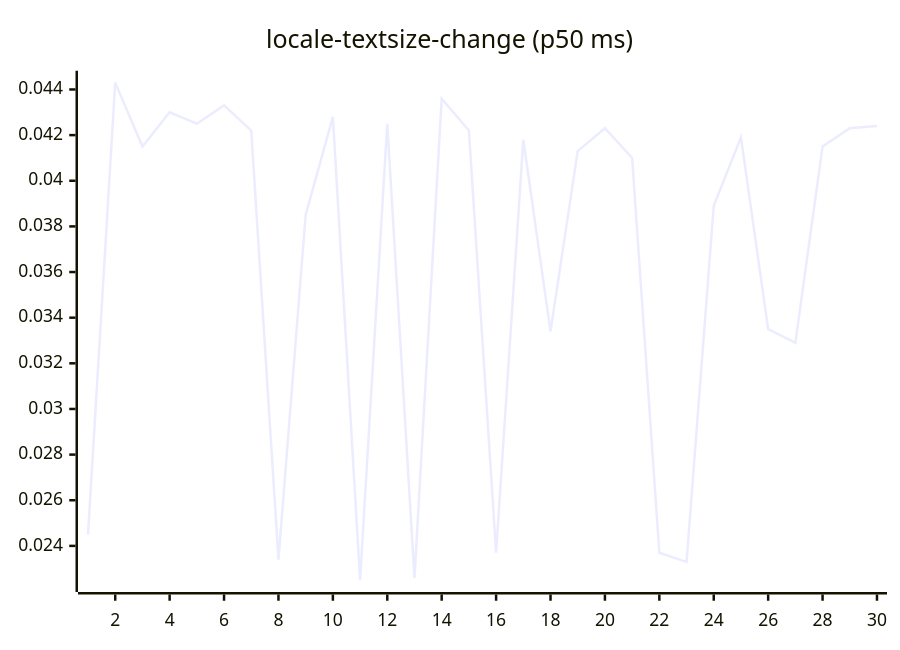
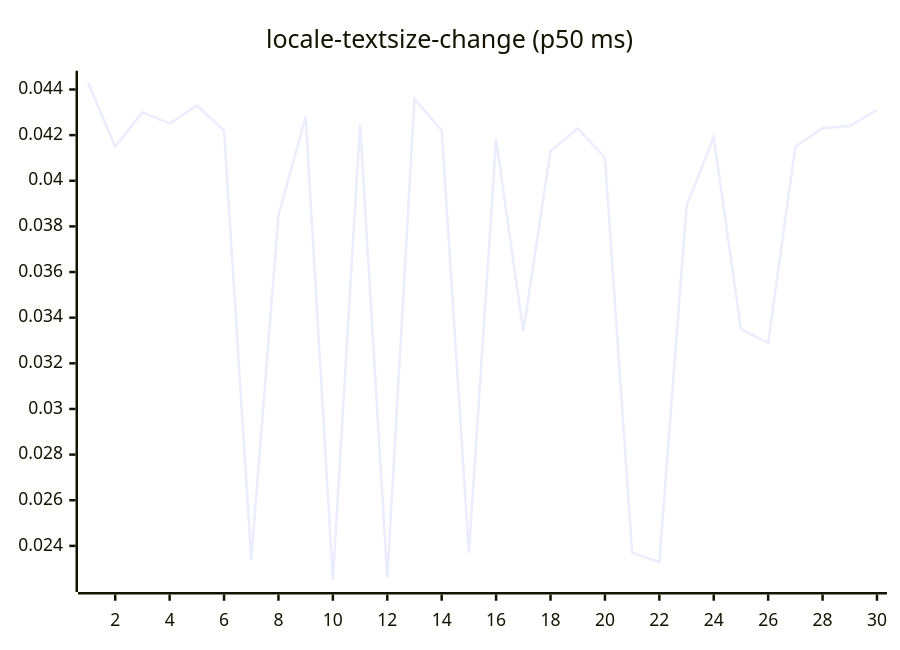
One commit to josha/Facet changed diagram 13 of 27 in README.md. Above: the diagram before and after it, drawn with Mermaid. The commit also changed other lines of this file and 2 other files, not shown here.

````diff
--- a/README.md
+++ b/README.md
@@ -147,6 +147,6 @@
 ```mermaid
 xychart-beta
     title "locale-textsize-change (p50 ms)"
     x-axis 1 --> 30
-    line [0.0245, 0.0443, 0.0415, 0.0430, 0.0425, 0.0433, 0.0422, 0.0234, 0.0385, 0.0428, 0.0225, 0.0425, 0.0226, 0.0436, 0.0422, 0.0237, 0.0418, 0.0334, 0.0413, 0.0423, 0.0410, 0.0237, 0.0233, 0.0389, 0.0419, 0.0335, 0.0329, 0.0415, 0.0423, 0.0424]
+    line [0.0443, 0.0415, 0.0430, 0.0425, 0.0433, 0.0422, 0.0234, 0.0385, 0.0428, 0.0225, 0.0425, 0.0226, 0.0436, 0.0422, 0.0237, 0.0418, 0.0334, 0.0413, 0.0423, 0.0410, 0.0237, 0.0233, 0.0389, 0.0419, 0.0335, 0.0329, 0.0415, 0.0423, 0.0424, 0.0431]
 ```
````
